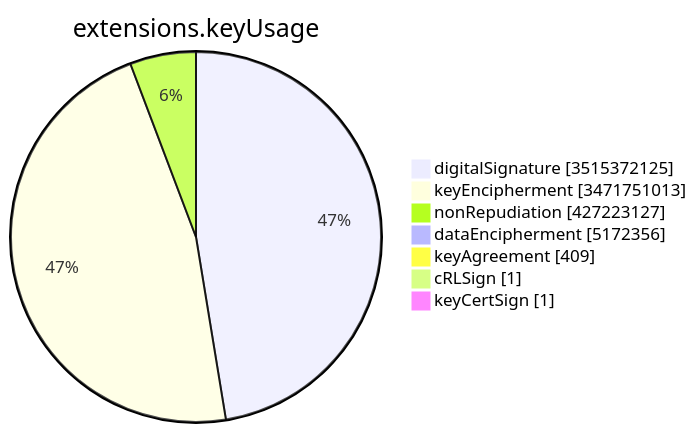
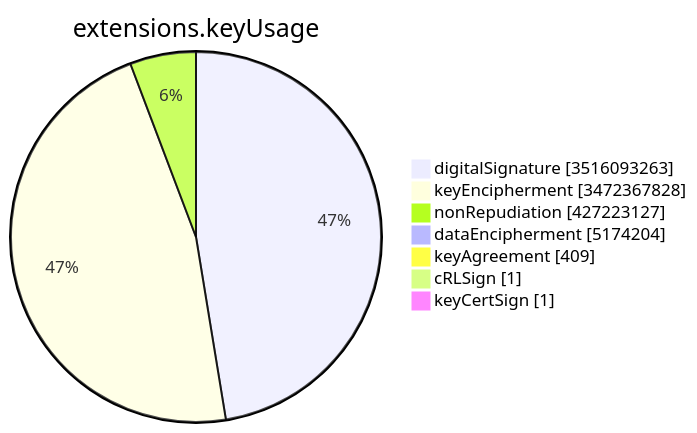
The sixth of 15 diagrams in TOTAL/README.md (christiankrug/ctmonitor_visualization), drawn with Mermaid before and after one commit. The commit also changed other lines of this file, not shown here.

````diff
--- a/TOTAL/README.md
+++ b/TOTAL/README.md
@@ -3083,11 +3083,11 @@
 ```mermaid
 pie showData
 title extensions.keyUsage
-"digitalSignature" :3515372125
-"keyEncipherment" :3471751013
+"digitalSignature" :3516093263
+"keyEncipherment" :3472367828
 "nonRepudiation" :427223127
-"dataEncipherment" :5172356
+"dataEncipherment" :5174204
 "keyAgreement" :409
 "cRLSign" :1
 "keyCertSign" :1
 ```
````
